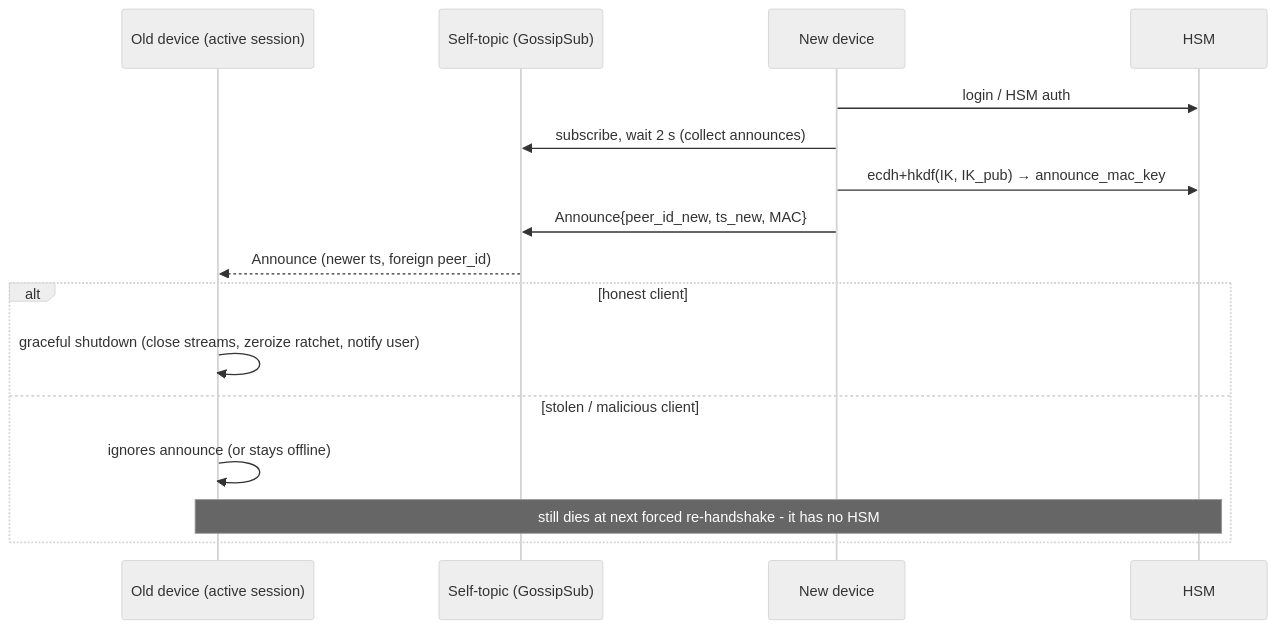
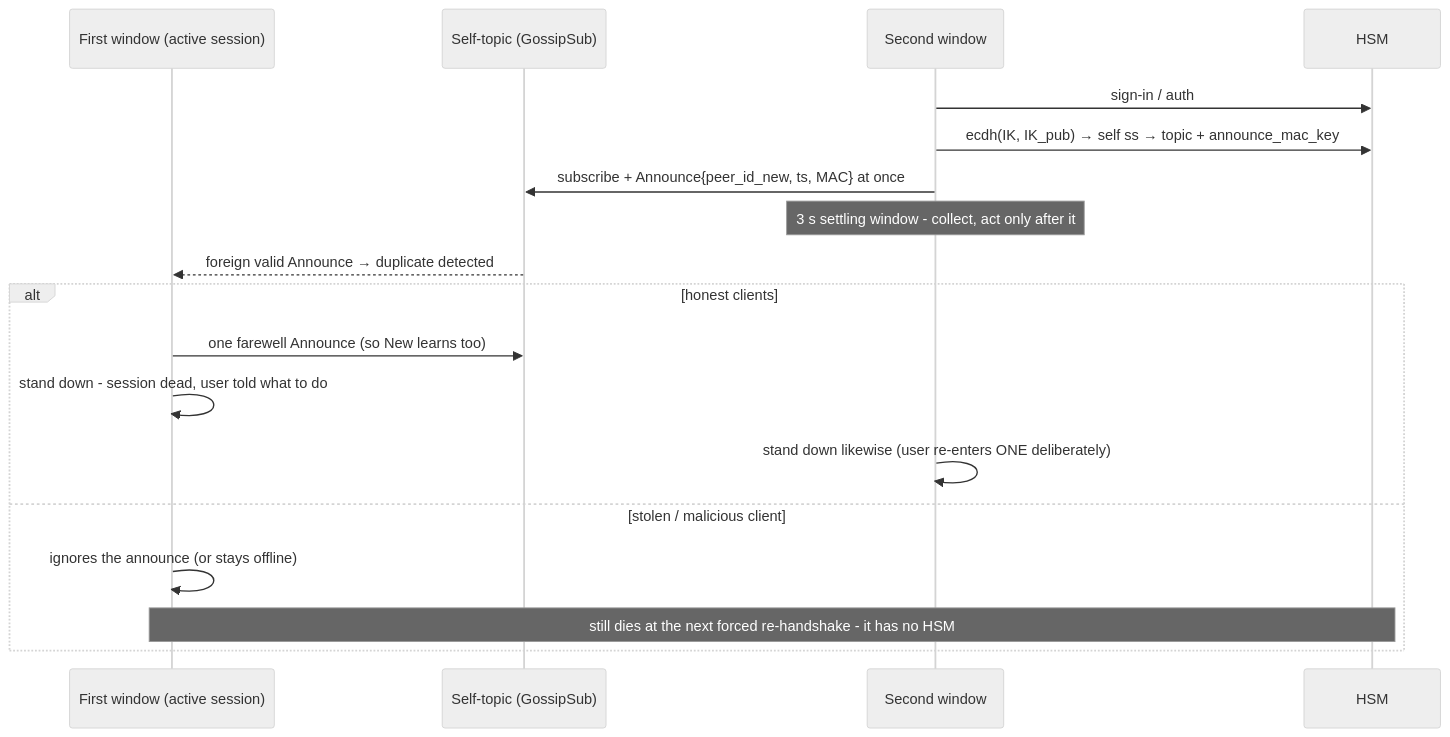
The fifth of 6 diagrams in docs/PROTOCOL.md (encedo/encedo-chat), drawn with Mermaid (neutral theme) before and after one commit. The commit also changed other lines of this file and 11 other files, not shown here.

````diff
--- a/docs/PROTOCOL.md
+++ b/docs/PROTOCOL.md
@@ -1162,19 +961,21 @@
 ```mermaid
 sequenceDiagram
-    participant Old as Old device (active session)
+    participant Old as First window (active session)
     participant ST as Self-topic (GossipSub)
-    participant New as New device
+    participant New as Second window
     participant H as HSM
 
-    New->>H: login / HSM auth
-    New->>ST: subscribe, wait 2 s (collect announces)
-    New->>H: ecdh+hkdf(IK, IK_pub) → announce_mac_key
-    New->>ST: Announce{peer_id_new, ts_new, MAC}
-    ST-->>Old: Announce (newer ts, foreign peer_id)
-    alt honest client
-        Old->>Old: graceful shutdown (close streams, zeroize ratchet, notify user)
+    New->>H: sign-in / auth
+    New->>H: ecdh(IK, IK_pub) → self ss → topic + announce_mac_key
+    New->>ST: subscribe + Announce{peer_id_new, ts, MAC} at once
+    Note over New: 3 s settling window - collect, act only after it
+    ST-->>Old: foreign valid Announce → duplicate detected
+    alt honest clients
+        Old->>ST: one farewell Announce (so New learns too)
+        Old->>Old: stand down - session dead, user told what to do
+        New->>New: stand down likewise (user re-enters ONE deliberately)
     else stolen / malicious client
-        Old->>Old: ignores announce (or stays offline)
-        Note over Old,H: still dies at next forced re-handshake - it has no HSM
+        Old->>Old: ignores the announce (or stays offline)
+        Note over Old,H: still dies at the next forced re-handshake - it has no HSM
     end
 ```
````
